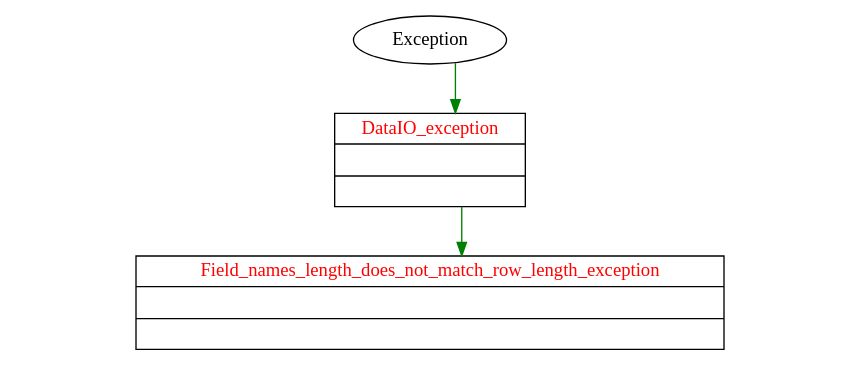
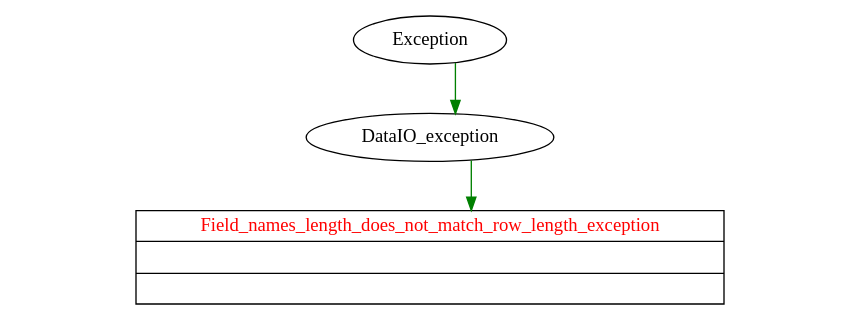
Before and after one commit to PDXBES/ModelCatalog: the diagram in docs/Class_Diagram_Tool/finalDataIO_exceptions.dot, drawn with Graphviz. The commit also changed 28 other files, not shown here.

Commit message:
updated diagrams and began work on area class

```diff
--- a/docs/Class_Diagram_Tool/finalDataIO_exceptions.dot
+++ b/docs/Class_Diagram_Tool/finalDataIO_exceptions.dot
@@ -1,24 +1,22 @@
 digraph "classes" {
 charset="utf-8"
 nodesep=0.5;
 rankdir="TB";
 edge [ constraint=False ];
 splines="ortho";
-"DataIO_exception" [fontcolor="red", label="{DataIO_exception|\l|}", shape="record"];
-"Field_names_length_does_not_match_row_length_exception" [fontcolor="red", label="{Field_names_length_does_not_match_row_length_exception|\l|}", shape="record"];
 "Field_names_length_does_not_match_row_length_exception" [fontcolor="red", label="{Field_names_length_does_not_match_row_length_exception|\l|}", shape="record"];
 
 "_d0" [label="_d0", shape="record" style=invis];
 "_d2" [label="_d2", shape="record" style=invis];
 "_d4" [label="_d4", shape="record" style=invis];
 "_d1" [label="_d1", shape="record" style=invis];
 "_d3" [label="_d3", shape="record" style=invis];
 "_d5" [label="_d5", shape="record" style=invis];
 
 {rank= tb "_d0"->"_d2"->"_d4" [constraint=true style=invis]};
 {rank= tb "Exception"->"DataIO_exception"->"Field_names_length_does_not_match_row_length_exception" [constraint=true style=invis]};
 {rank= tb "_d1"->"_d3"->"_d5" [constraint=true style=invis]};
 {rank= same _d2->DataIO_exception->_d3 [constraint=True style=invis]};
 "Exception"->"DataIO_exception" [color="green"];
 "DataIO_exception"->"Field_names_length_does_not_match_row_length_exception" [color="green"];
 }
```
